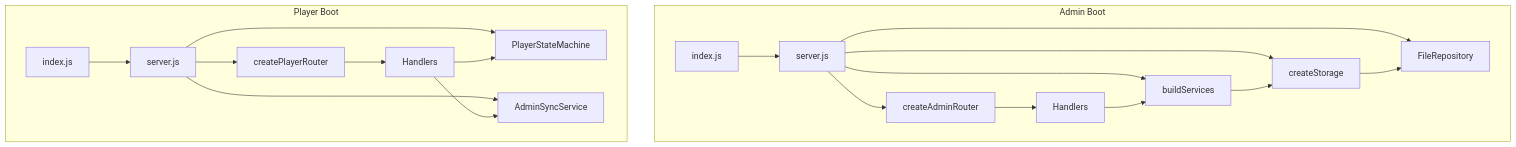
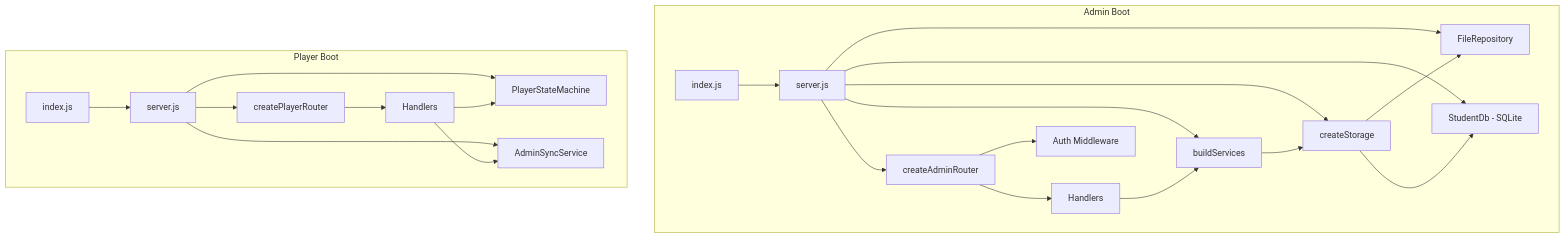
The third of 6 diagrams in docs/architecture/overview.md (fergouchyahya/IDS), drawn with Mermaid before and after one commit. The commit also changed other lines of this file and 42 other files, not shown here.

````diff
--- a/docs/architecture/overview.md
+++ b/docs/architecture/overview.md
@@ -93,23 +93,27 @@
 ```mermaid
 flowchart TD
     subgraph Admin Boot
         AI[index.js] --> AS[server.js]
         AS --> FR[FileRepository]
+        AS --> SDB[StudentDb - SQLite]
         AS --> ST[createStorage]
         AS --> SV[buildServices]
         AS --> AR[createAdminRouter]
+        AR --> AUTH[Auth Middleware]
         AR --> AH[Handlers]
         AH --> SV
-        SV --> ST --> FR
+        SV --> ST
+        ST --> FR
+        ST --> SDB
     end
 
     subgraph Player Boot
         PI[index.js] --> PS[server.js]
         PS --> PSM[PlayerStateMachine]
         PS --> SYNC[AdminSyncService]
         PS --> PR[createPlayerRouter]
         PR --> PH[Handlers]
         PH --> PSM
         PH --> SYNC
     end
 ```
````
